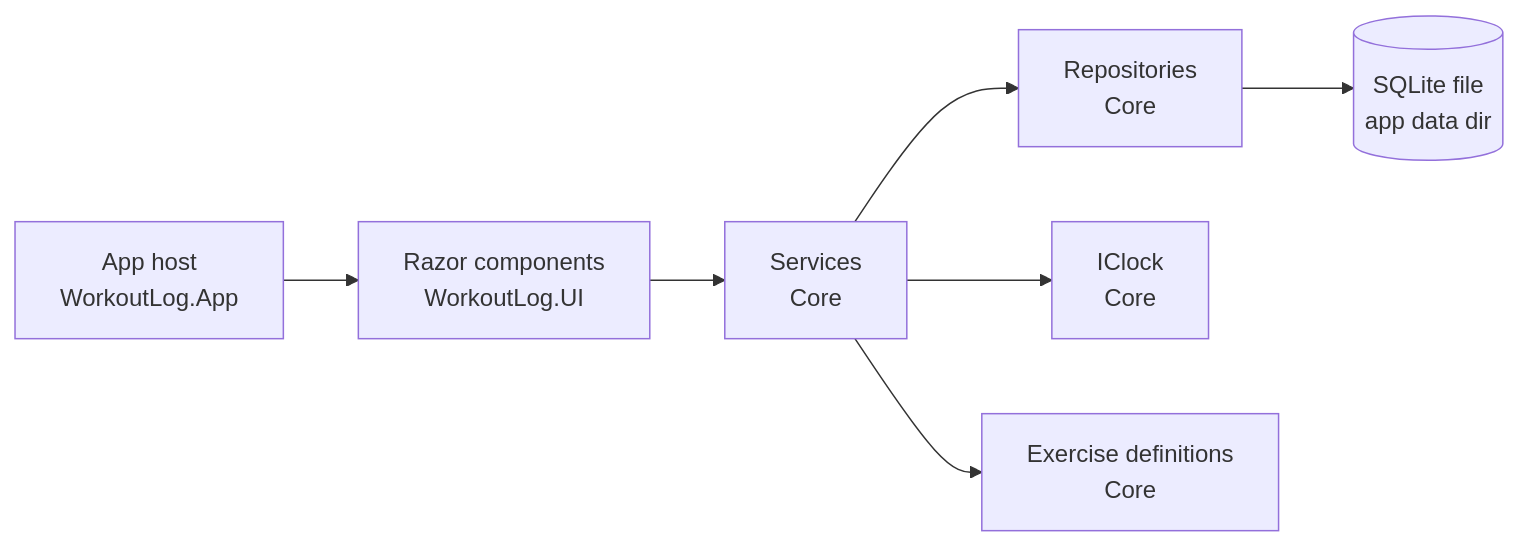
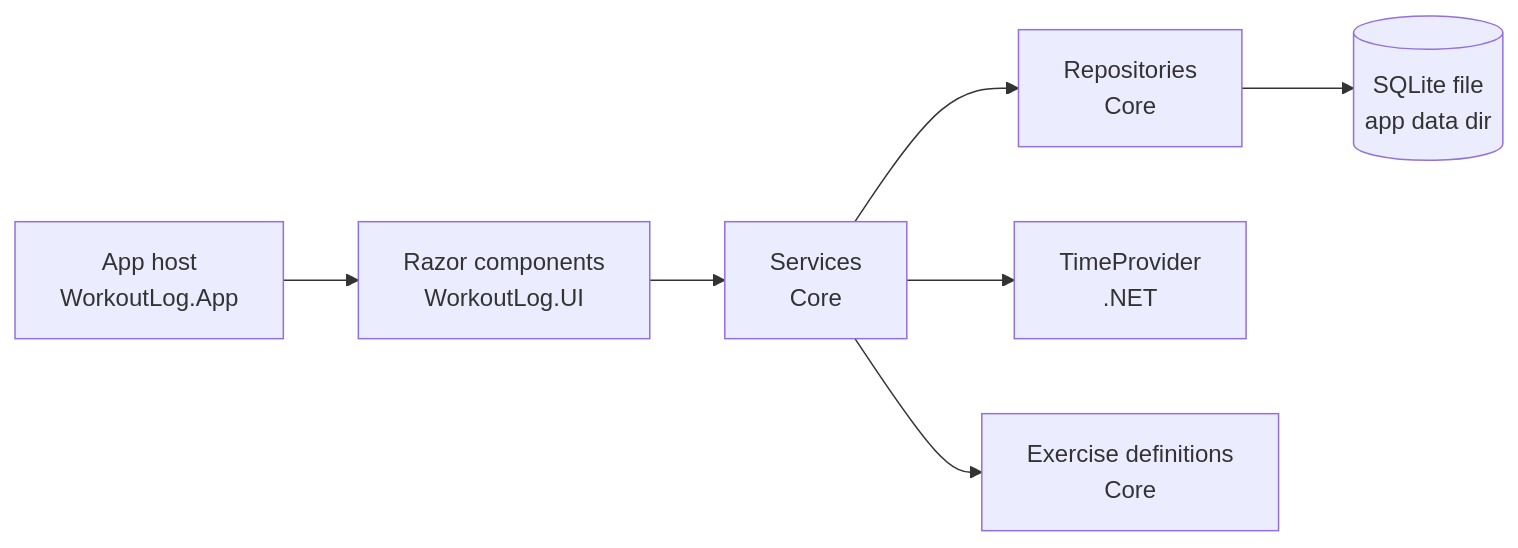
One commit to marty-shields/workout-log-app changed the diagram in docs/05-architecture.md. Above: the diagram before and after it, drawn with Mermaid. The commit also changed other lines of this file and 32 other files, not shown here.

````diff
--- a/docs/05-architecture.md
+++ b/docs/05-architecture.md
@@ -41,9 +41,9 @@
 ```mermaid
 flowchart LR
     A[App host<br/>WorkoutLog.App] --> UI[Razor components<br/>WorkoutLog.UI]
     UI --> S[Services<br/>Core]
     S --> R[Repositories<br/>Core]
     R --> DB[(SQLite file<br/>app data dir)]
-    S --> C[IClock<br/>Core]
+    S --> C[TimeProvider<br/>.NET]
     S --> X[Exercise definitions<br/>Core]
 ```
````
